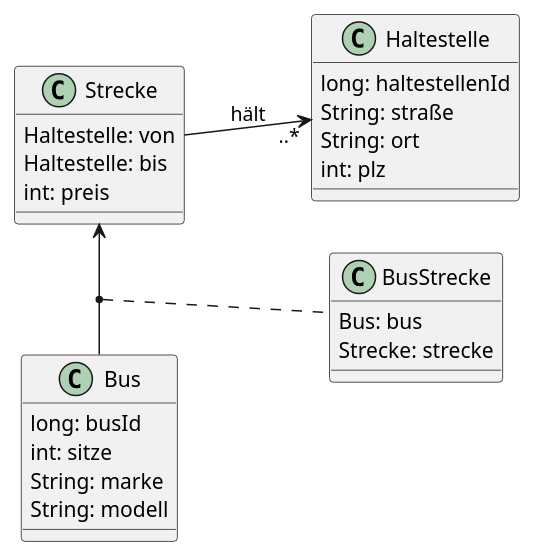
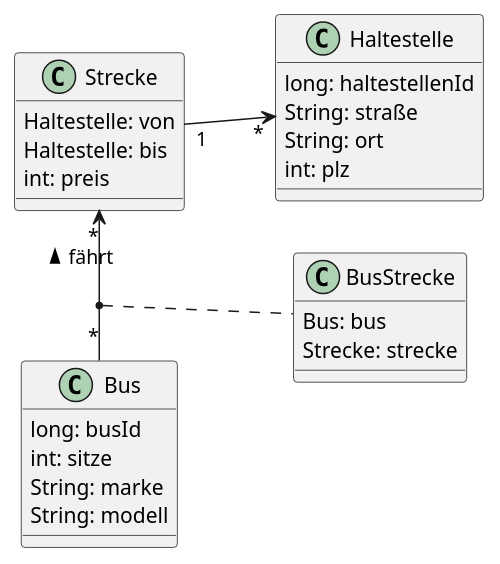
The diagram in asciidocs/plantuml/cld.puml (2122-4ahif-nvs/01-microproject-raphaelabl), drawn with PlantUML before and after one commit. The commit also changed 6 other files, not shown here.

```diff
--- a/asciidocs/plantuml/cld.puml
+++ b/asciidocs/plantuml/cld.puml
@@ -1,34 +1,34 @@
 @startuml
 
 left to right direction
 
 class Bus{
     long: busId
     int: sitze
     String: marke
     String: modell
 }
 
 class BusStrecke{
     Bus: bus
     Strecke: strecke
 }
 
 class Strecke{
     Haltestelle: von
     Haltestelle: bis
     int: preis
 }
 
 class Haltestelle{
     long: haltestellenId
     String: straße
     String: ort
     int: plz
 }
 
-Strecke -l-> Bus
-Strecke --> "..*" Haltestelle : hält
+Strecke "*" -l-> "*" Bus : > fährt
+Strecke "1" --> "*" Haltestelle
 (Strecke, Bus) .. BusStrecke
 
 @enduml
```
